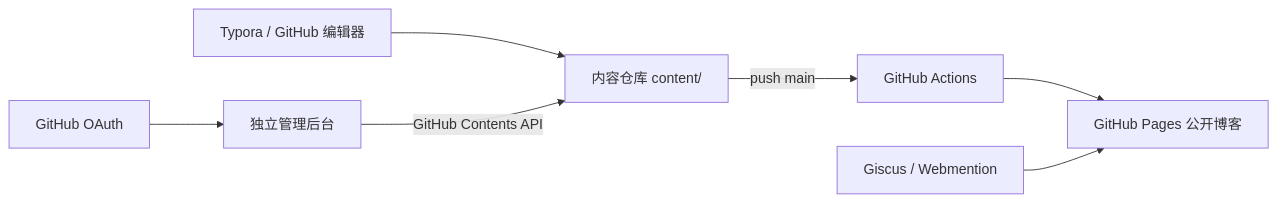
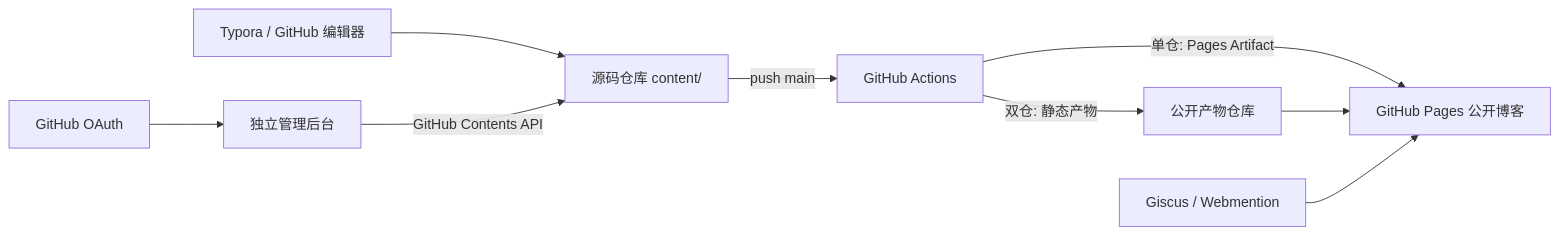
One commit to hedon954/garden changed the diagram in docs/architecture.md. Above: the diagram before and after it, drawn with Mermaid. The commit also changed other lines of this file and 18 other files, not shown here.

````diff
--- a/docs/architecture.md
+++ b/docs/architecture.md
@@ -5,9 +5,11 @@
 ```mermaid
 flowchart LR
-  A[Typora / GitHub 编辑器] --> B[内容仓库 content/]
+  A[Typora / GitHub 编辑器] --> B[源码仓库 content/]
   C[独立管理后台] -->|GitHub Contents API| B
   B -->|push main| D[GitHub Actions]
-  D --> E[GitHub Pages 公开博客]
+  D -->|单仓: Pages Artifact| E[GitHub Pages 公开博客]
+  D -->|双仓: 静态产物| H[公开产物仓库]
+  H --> E
   F[GitHub OAuth] --> C
   G[Giscus / Webmention] --> E
 ```
````
